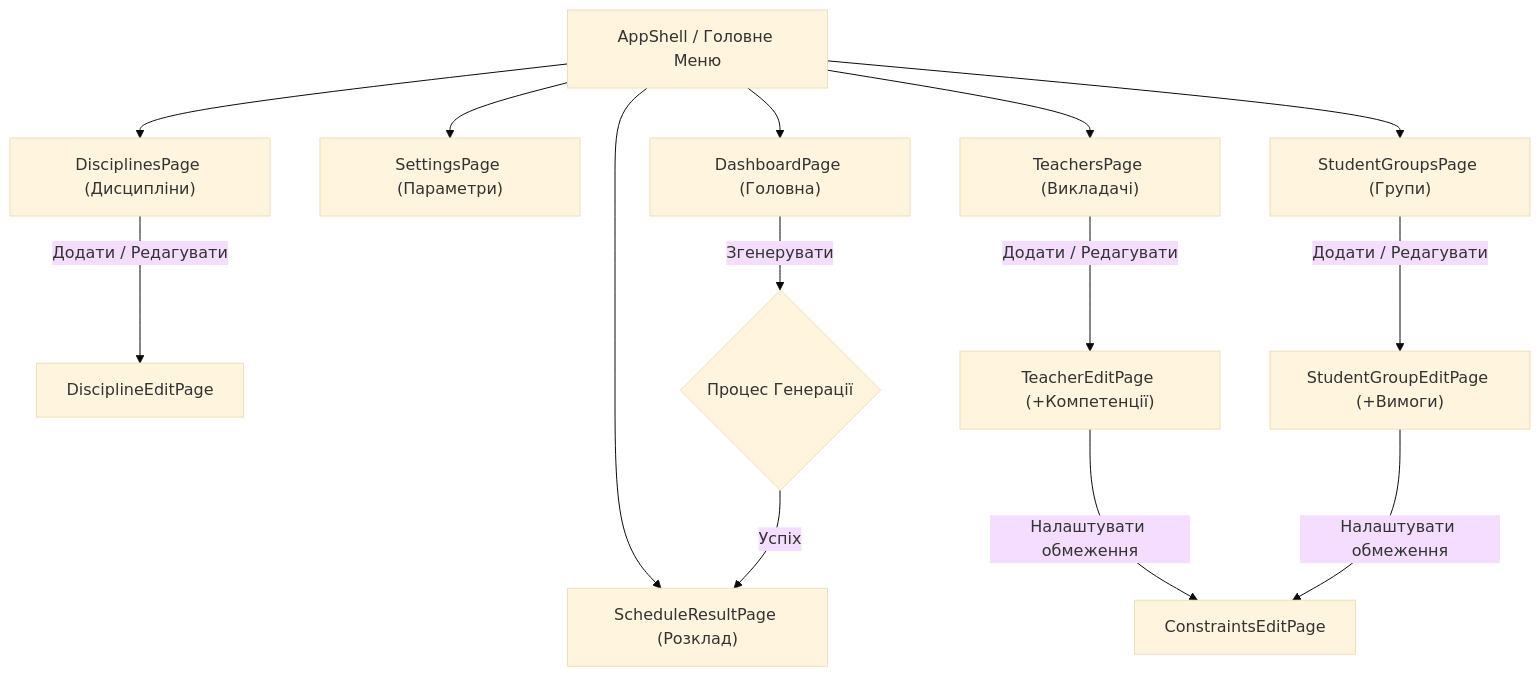
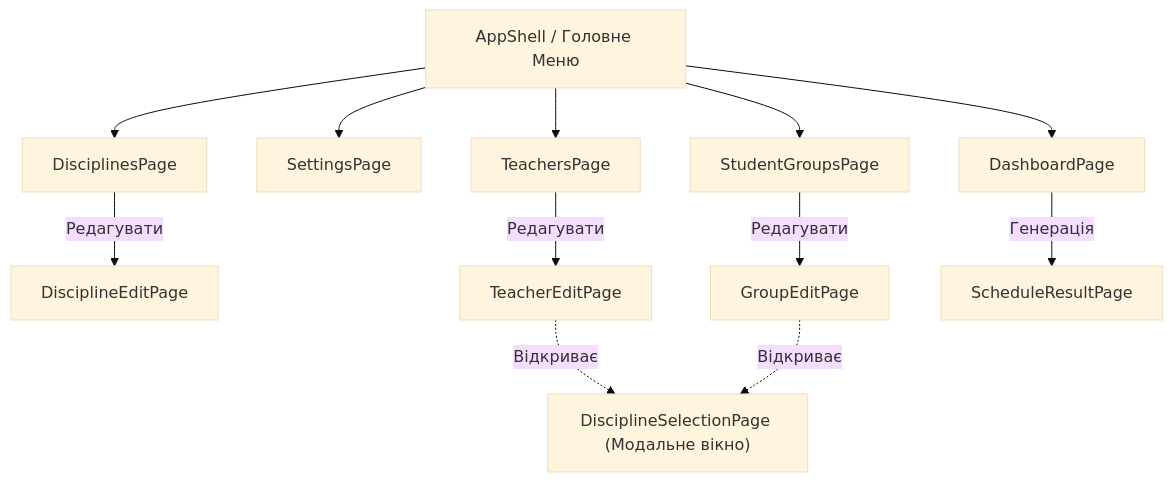
The third of 4 diagrams in README.md (WDYT32/Lab1MAUI), drawn with Mermaid (base theme) before and after one commit. The commit also changed other lines of this file and 48 other files, not shown here.

````diff
--- a/README.md
+++ b/README.md
@@ -206,26 +198,24 @@
 ```mermaid
 flowchart TD
     %% Головне меню
     Shell["AppShell / Головне Меню"]
 
     %% Основні сторінки (Вкладки/Пункти меню)
-    Shell --> Dashboard["DashboardPage (Головна)"]
-    Shell --> Settings["SettingsPage (Параметри)"]
-    Shell --> Disciplines["DisciplinesPage (Дисципліни)"]
-    Shell --> Teachers["TeachersPage (Викладачі)"]
-    Shell --> Groups["StudentGroupsPage (Групи)"]
-    Shell --> ScheduleResult["ScheduleResultPage (Розклад)"]
-
-    %% Внутрішня стекова навігація
-    Disciplines -- "Додати / Редагувати" --> DisciplineEdit["DisciplineEditPage"]
+    Shell --> Dashboard["DashboardPage"]
+    Shell --> Settings["SettingsPage"]
+    Shell --> Disciplines["DisciplinesPage"]
+    Shell --> Teachers["TeachersPage"]
+    Shell --> Groups["StudentGroupsPage"]
     
-    Teachers -- "Додати / Редагувати" --> TeacherEdit["TeacherEditPage (+Компетенції)"]
-    TeacherEdit -- "Налаштувати обмеження" --> ConstraintsEdit["ConstraintsEditPage"]
+    %% Сторінки редагування (Push Navigation)
+    Disciplines -- "Редагувати" --> DisciplineEdit["DisciplineEditPage"]
+    Teachers -- "Редагувати" --> TeacherEdit["TeacherEditPage"]
+    Groups -- "Редагувати" --> GroupEdit["GroupEditPage"]
     
-    Groups -- "Додати / Редагувати" --> GroupEdit["StudentGroupEditPage (+Вимоги)"]
-    GroupEdit -- "Налаштувати обмеження" --> ConstraintsEdit
+    %% Модальне вікно вибору дисциплін
+    TeacherEdit -. "Відкриває" .-> SelectionModal["DisciplineSelectionPage (Модальне вікно)"]
+    GroupEdit -. "Відкриває" .-> SelectionModal
     
     %% Логіка генерації
-    Dashboard -- "Згенерувати" --> GenerateAction{"Процес Генерації"}
-    GenerateAction -- "Успіх" --> ScheduleResult
+    Dashboard -- "Генерація" --> ScheduleResult["ScheduleResultPage"]
 ```
````
